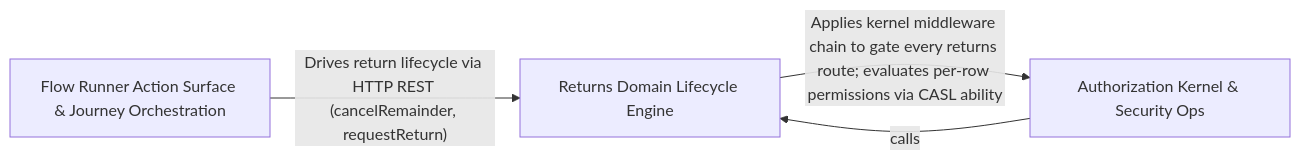
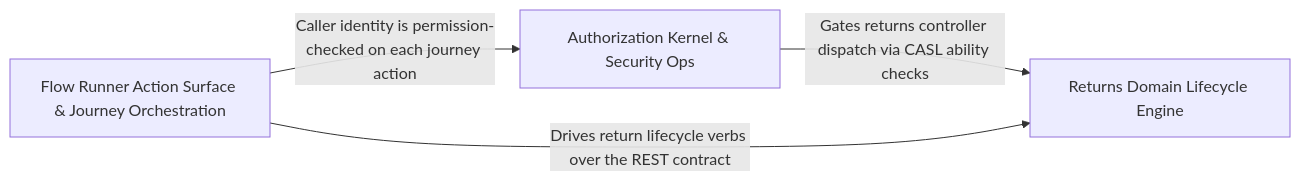
One commit to Guebbit/boilerplate-node-backend changed the diagram in .2brain/arch/Flow_Runner_Actions_Seeded_Data_Consumers_.md. Above: the diagram before and after it, drawn with Mermaid. The commit also changed other lines of this file and 1102 other files, not shown here.

````diff
--- a/.2brain/arch/Flow_Runner_Actions_Seeded_Data_Consumers_.md
+++ b/.2brain/arch/Flow_Runner_Actions_Seeded_Data_Consumers_.md
@@ -10,9 +10,9 @@
 ```mermaid
 graph LR
     Returns_Domain_Lifecycle_Engine["Returns Domain Lifecycle Engine"]
     Authorization_Kernel_Security_Ops["Authorization Kernel & Security Ops"]
     Flow_Runner_Action_Surface_Journey_Orchestration["Flow Runner Action Surface & Journey Orchestration"]
-    Returns_Domain_Lifecycle_Engine -- "Applies kernel middleware chain to gate every returns route; evaluates per-row permissions via CASL ability" --> Authorization_Kernel_Security_Ops
-    Authorization_Kernel_Security_Ops -- "calls" --> Returns_Domain_Lifecycle_Engine
-    Flow_Runner_Action_Surface_Journey_Orchestration -- "Drives return lifecycle via HTTP REST (cancelRemainder, requestReturn)" --> Returns_Domain_Lifecycle_Engine
+    Authorization_Kernel_Security_Ops -- "Gates returns controller dispatch via CASL ability checks" --> Returns_Domain_Lifecycle_Engine
+    Flow_Runner_Action_Surface_Journey_Orchestration -- "Drives return lifecycle verbs over the REST contract" --> Returns_Domain_Lifecycle_Engine
+    Flow_Runner_Action_Surface_Journey_Orchestration -- "Caller identity is permission-checked on each journey action" --> Authorization_Kernel_Security_Ops
 ```
````
